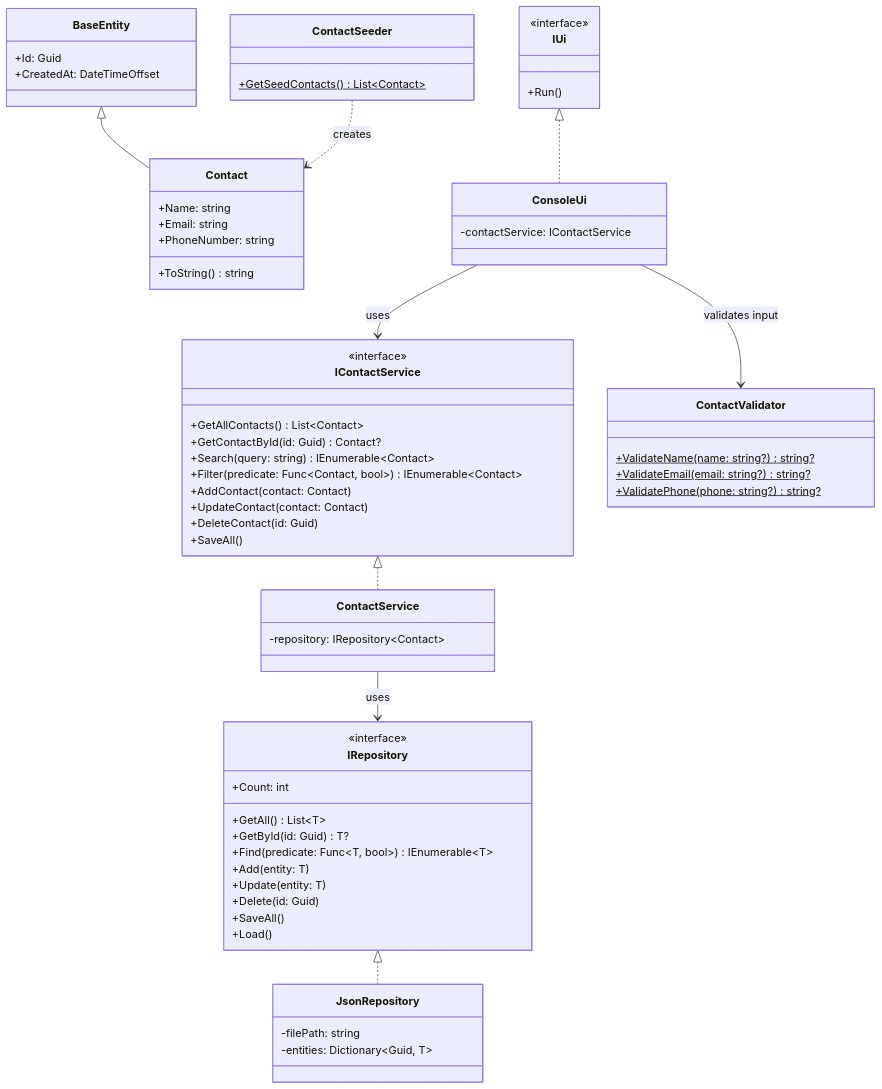
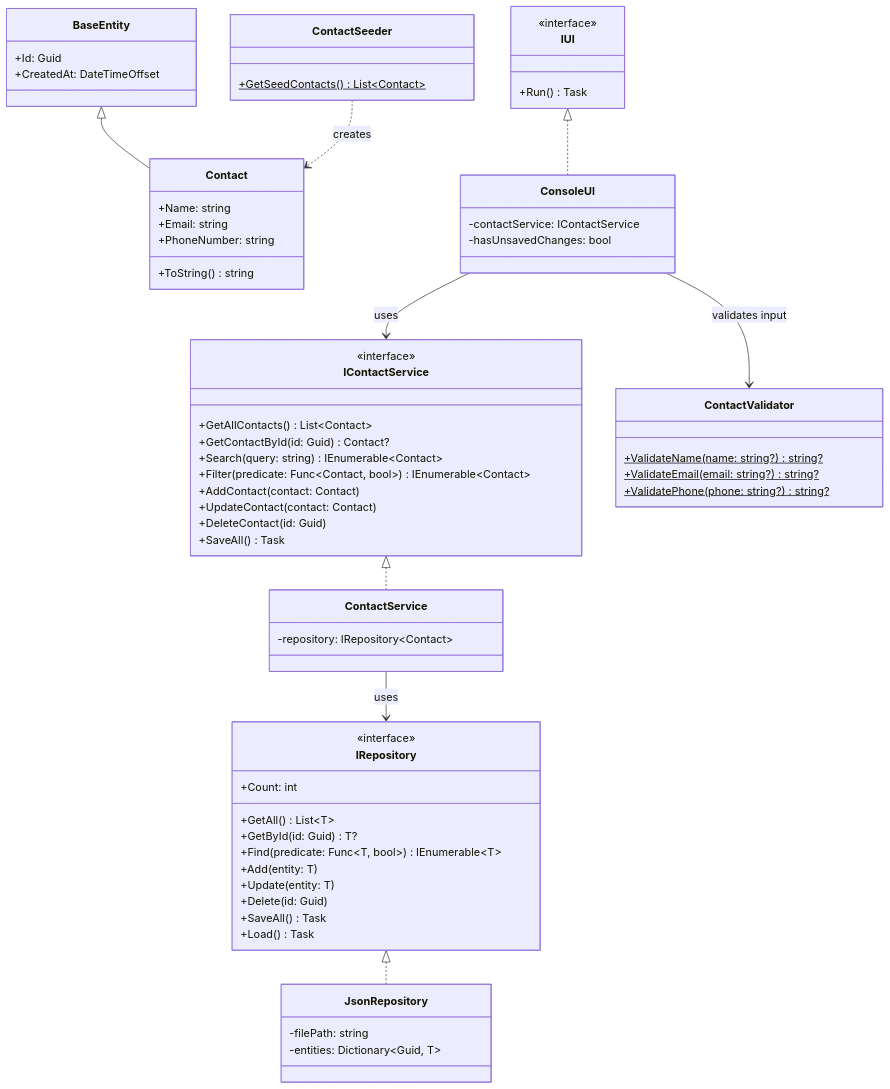
One commit to Momen-Abdelkader/contact-manager-cli changed the diagram in README.md. Above: the diagram before and after it, drawn with Mermaid. The commit also changed other lines of this file, not shown here.

````diff
--- a/README.md
+++ b/README.md
@@ -48,8 +49,8 @@
         +Add(entity: T)
         +Update(entity: T)
         +Delete(id: Guid)
-        +SaveAll()
-        +Load()
+        +SaveAll() Task
+        +Load() Task
     }
 
     class JsonRepository {
@@ -69,7 +70,7 @@
         +AddContact(contact: Contact)
         +UpdateContact(contact: Contact)
         +DeleteContact(id: Guid)
-        +SaveAll()
+        +SaveAll() Task
     }
 
     class ContactService {
@@ -80,17 +81,18 @@
     ContactService --> IRepository : uses
 
     %% ── UI Layer ──
-    class IUi {
+    class IUI {
         <<interface>>
-        +Run()
+        +Run() Task
     }
 
-    class ConsoleUi {
+    class ConsoleUI {
         -contactService: IContactService
+        -hasUnsavedChanges: bool
     }
 
-    IUi <|.. ConsoleUi
-    ConsoleUi --> IContactService : uses
+    IUI <|.. ConsoleUI
+    ConsoleUI --> IContactService : uses
 
     %% ── Utilities ──
     class ContactValidator {
@@ -103,6 +105,6 @@
         +GetSeedContacts() List~Contact~$
     }
 
-    ConsoleUi --> ContactValidator : validates input
+    ConsoleUI --> ContactValidator : validates input
     ContactSeeder ..> Contact : creates
 ```
````
